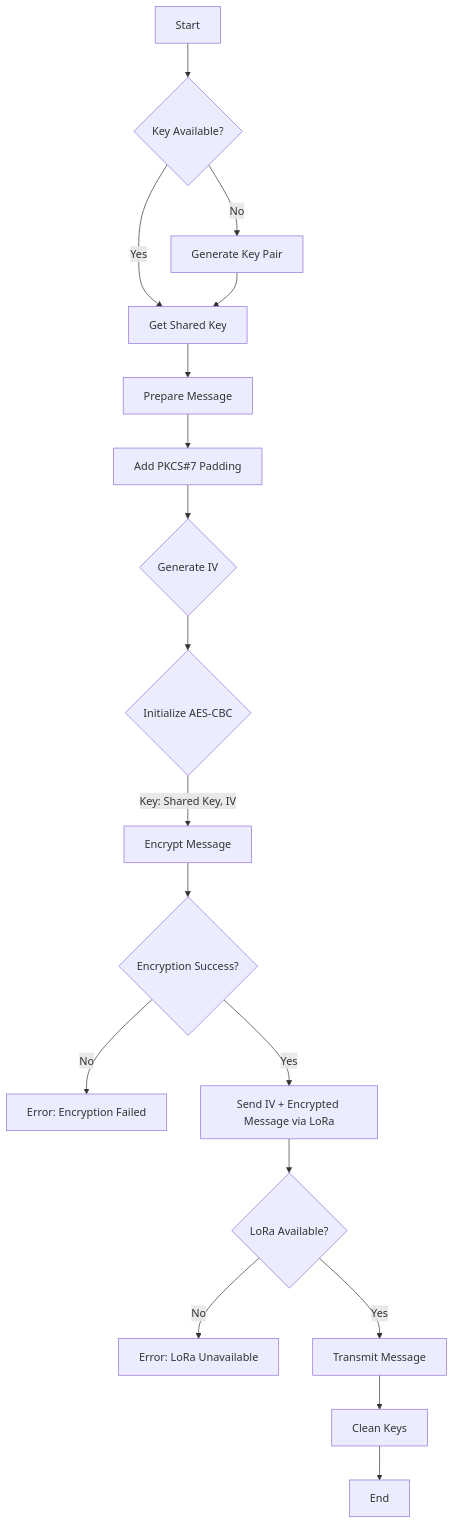
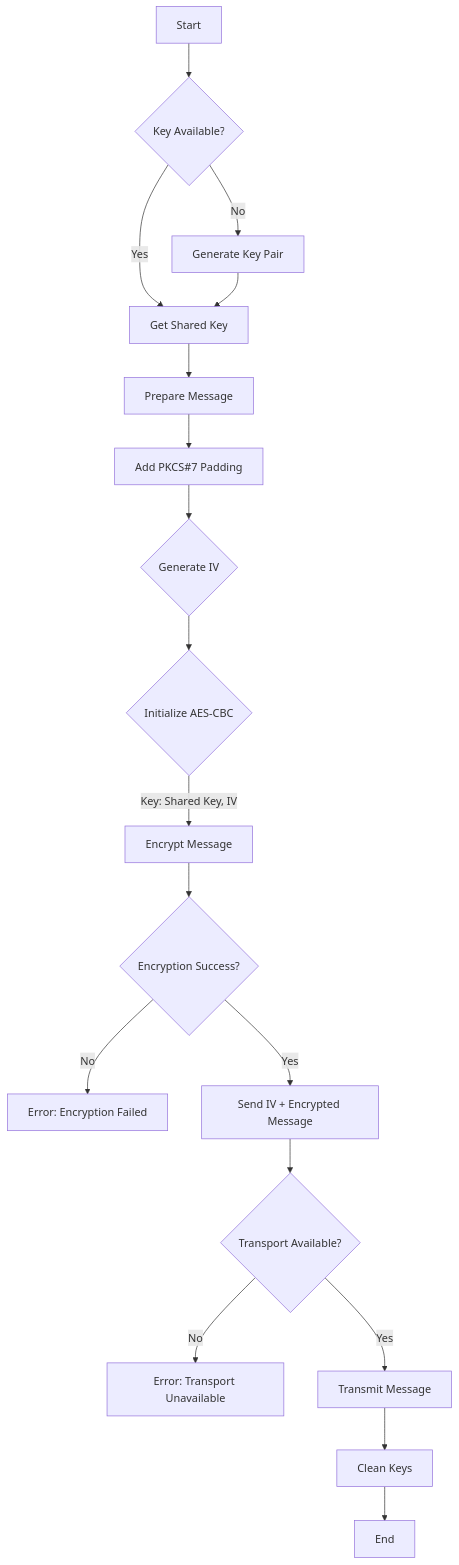
One commit to armanghobadi/uecdh changed the second of 6 diagrams in README.markdown. Above: the diagram before and after it, drawn with Mermaid. The commit also changed other lines of this file, not shown here.

````diff
--- a/README.markdown
+++ b/README.markdown
@@ -61,20 +61,20 @@
 ```mermaid
 flowchart TD
     A[Start] --> B{Key Available?}
-    B -->|No| C[Generate Key Pair]
-    B -->|Yes| D[Get Shared Key]
+    B -->|"No"| C[Generate Key Pair]
+    B -->|"Yes"| D[Get Shared Key]
     C --> D
     D --> E[Prepare Message]
     E --> F[Add PKCS#7 Padding]
     F --> G{Generate IV}
     G --> H{Initialize AES-CBC}
-    H -->|Key: Shared Key, IV| I[Encrypt Message]
+    H -->|"Key: Shared Key, IV"| I[Encrypt Message]
     I --> J{Encryption Success?}
-    J -->|No| K[Error: Encryption Failed]
-    J -->|Yes| L[Send IV + Encrypted Message via LoRa]
-    L --> M{LoRa Available?}
-    M -->|No| N[Error: LoRa Unavailable]
-    M -->|Yes| O[Transmit Message]
+    J -->|"No"| K[Error: Encryption Failed]
+    J -->|"Yes"| L[Send IV + Encrypted Message]
+    L --> M{Transport Available?}
+    M -->|"No"| N[Error: Transport Unavailable]
+    M -->|"Yes"| O[Transmit Message]
     O --> P[Clean Keys]
     P --> Q[End]
 ```
````
